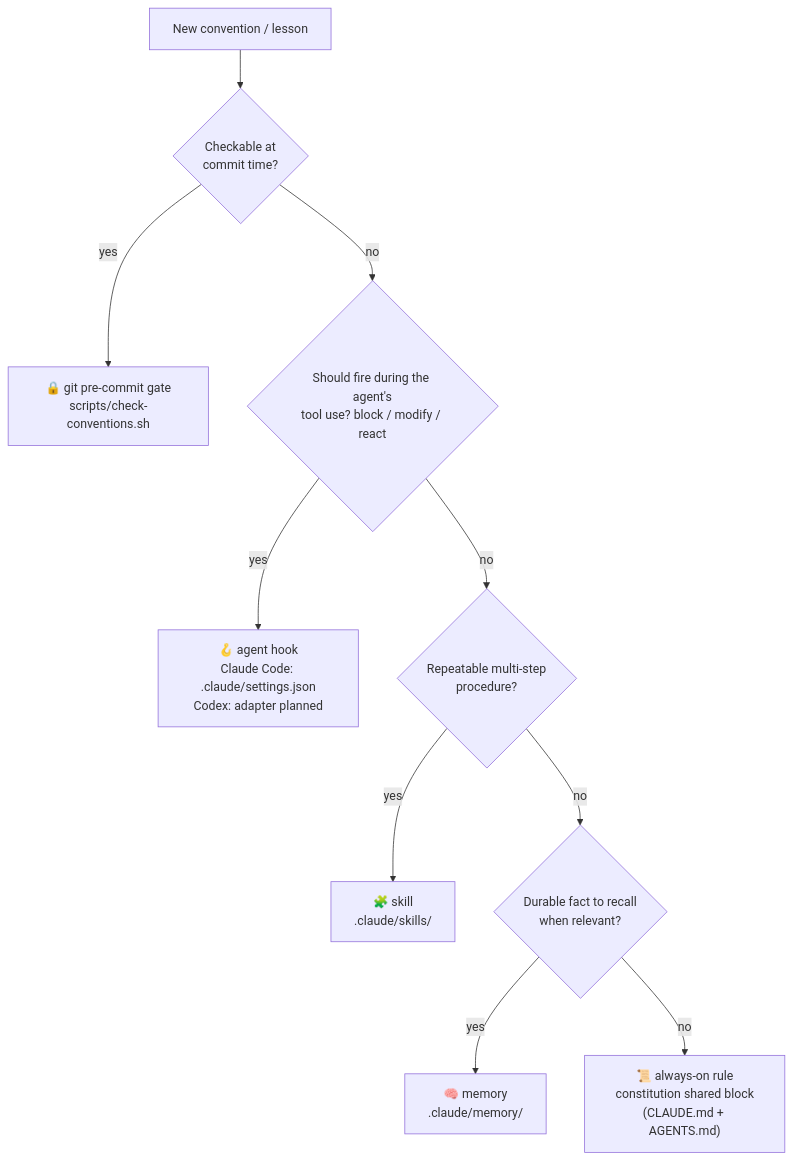
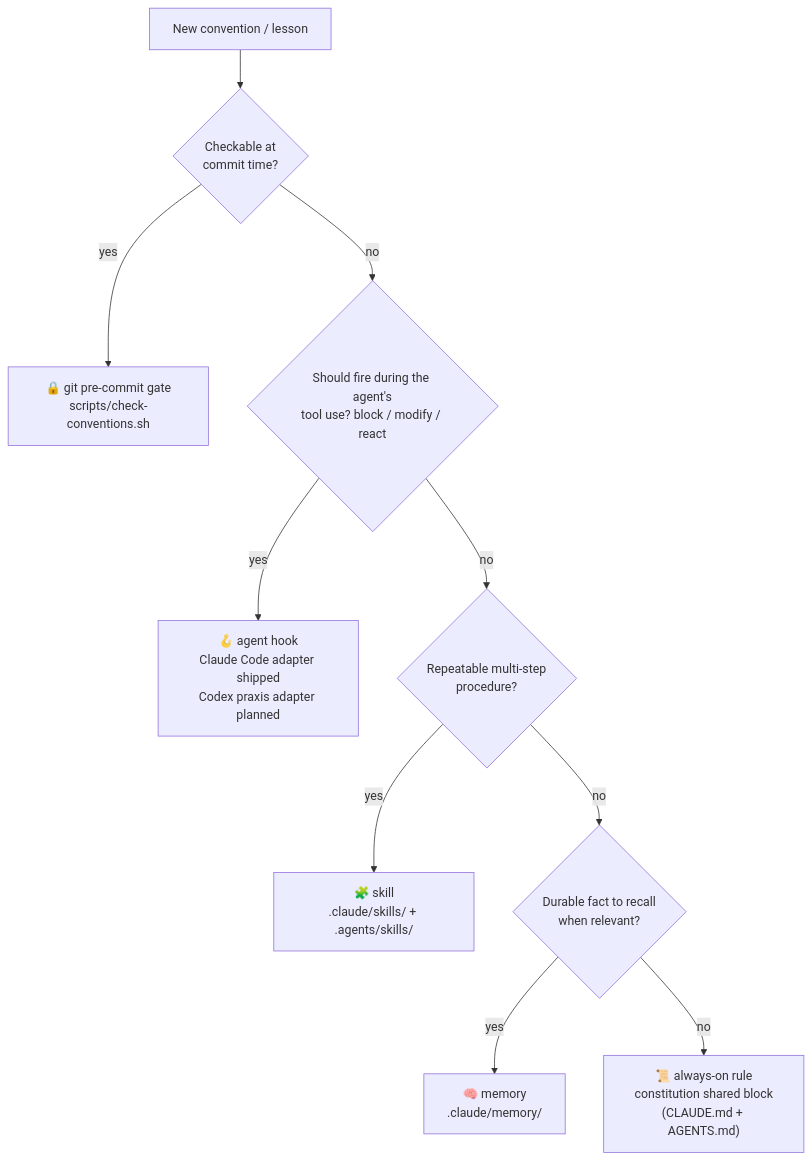
One commit to icurfer/ic-praxis changed the fourth of 5 diagrams in README.md. Above: the diagram before and after it, drawn with Mermaid. The commit also changed other lines of this file and 15 other files, not shown here.

Commit message:
feat: v0.5.0 Codex-native praxis skills

````diff
--- a/README.md
+++ b/README.md
@@ -209,12 +214,12 @@
 ```mermaid
 flowchart TD
     N["New convention / lesson"] --> Q1{"Checkable at<br/>commit time?"}
     Q1 -- yes --> GATE["🔒 git pre-commit gate<br/>scripts/check-conventions.sh"]
     Q1 -- no --> Q2{"Should fire during the agent's<br/>tool use? block / modify / react"}
-    Q2 -- yes --> HOOK["🪝 agent hook<br/>Claude Code: .claude/settings.json<br/>Codex: adapter planned"]
+    Q2 -- yes --> HOOK["🪝 agent hook<br/>Claude Code adapter shipped<br/>Codex praxis adapter planned"]
     Q2 -- no --> Q3{"Repeatable multi-step<br/>procedure?"}
-    Q3 -- yes --> SKILL["🧩 skill<br/>.claude/skills/"]
+    Q3 -- yes --> SKILL["🧩 skill<br/>.claude/skills/ + .agents/skills/"]
     Q3 -- no --> Q4{"Durable fact to recall<br/>when relevant?"}
     Q4 -- yes --> MEM["🧠 memory<br/>.claude/memory/"]
     Q4 -- no --> RULE["📜 always-on rule<br/>constitution shared block<br/>(CLAUDE.md + AGENTS.md)"]
 ```
````
